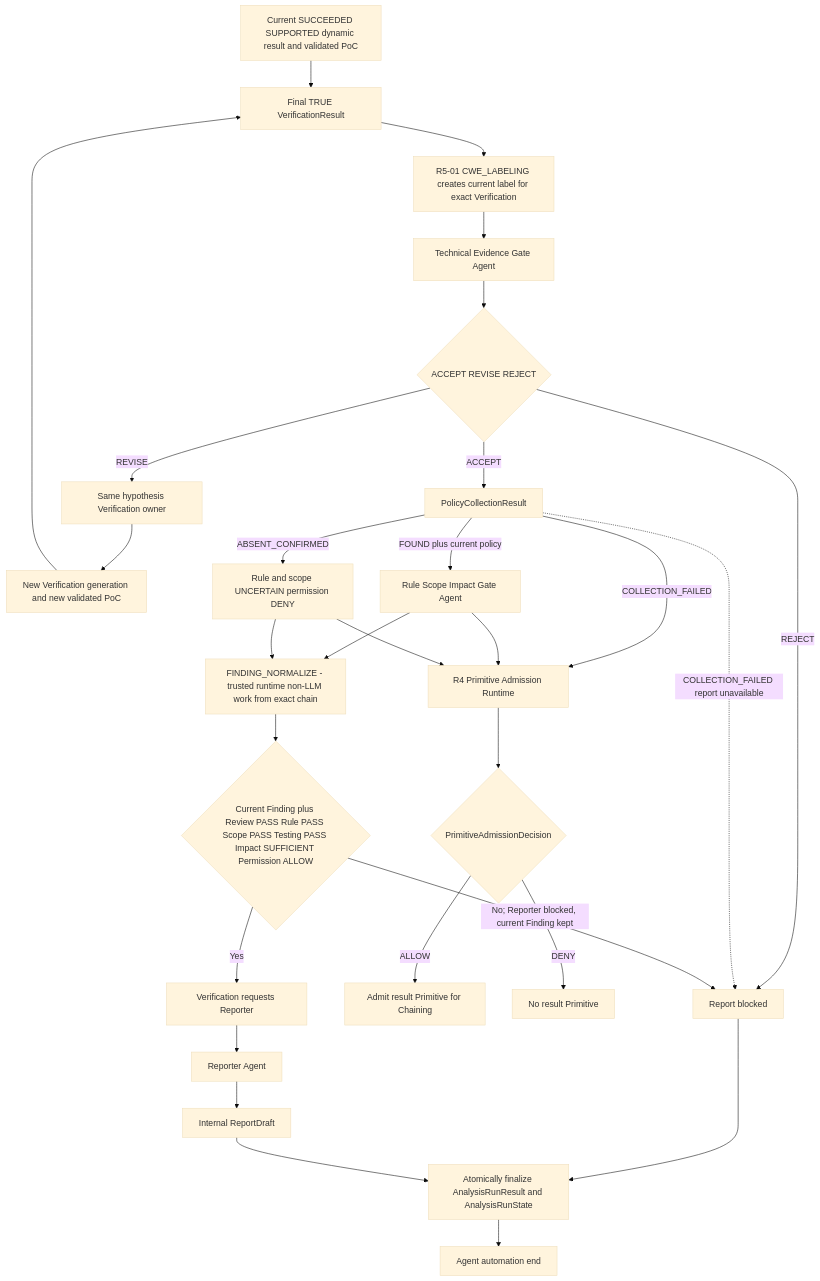
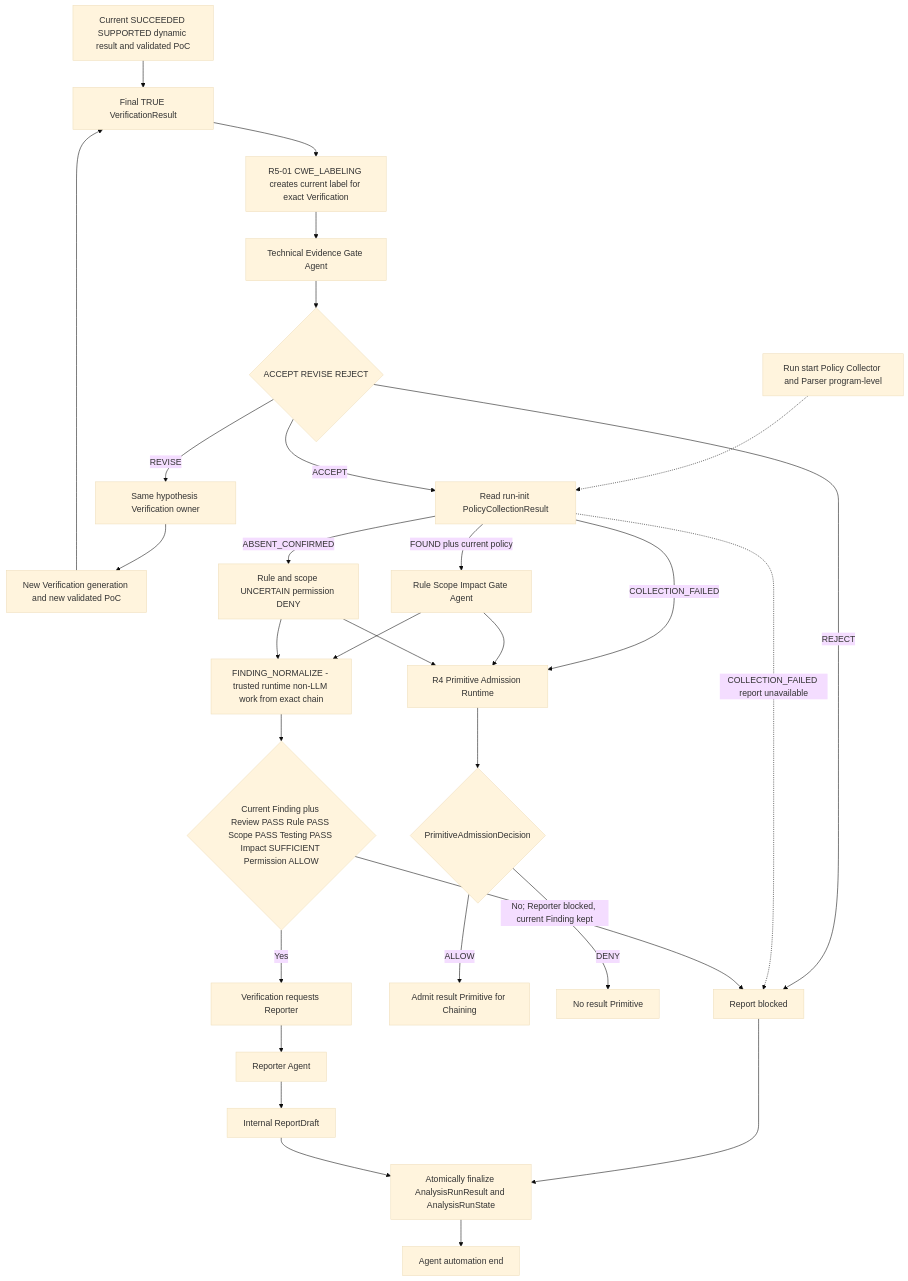
The sixth of 13 diagrams in docs/architecture-v5/13-architecture-diagrams.md (SASTsimi/sastsimi), drawn with Mermaid (base theme) before and after one commit. The commit also changed other lines of this file and 21 other files, not shown here.

Commit message:
docs: prepare program policy at run initialization

````diff
--- a/docs/architecture-v5/13-architecture-diagrams.md
+++ b/docs/architecture-v5/13-architecture-diagrams.md
@@ -262,31 +267,32 @@
 ```mermaid
 flowchart TB
     DYN[Current SUCCEEDED SUPPORTED dynamic result and validated PoC] --> VR[Final TRUE VerificationResult]
     VR --> CWE[R5-01 CWE_LABELING creates current label for exact Verification]
     CWE --> TECH[Technical Evidence Gate Agent]
     TECH --> TS{ACCEPT REVISE REJECT}
     TS -->|REVISE| BACK[Same hypothesis Verification owner]
     BACK --> NEWGEN[New Verification generation and new validated PoC]
     NEWGEN --> VR
     TS -->|REJECT| BLOCK[Report blocked]
-    TS -->|ACCEPT| COLLECT[PolicyCollectionResult]
+    PREP0[Run start Policy Collector and Parser program-level] -.-> COLLECT
+    TS -->|ACCEPT| COLLECT[Read run-init PolicyCollectionResult]
     COLLECT -->|FOUND plus current policy| RULE[Rule Scope Impact Gate Agent]
     COLLECT -->|ABSENT_CONFIRMED| UNCERTAIN[Rule and scope UNCERTAIN permission DENY]
     COLLECT -->|COLLECTION_FAILED| ARUN[R4 Primitive Admission Runtime]
     RULE --> ARUN
     UNCERTAIN --> ARUN
     ARUN --> ADEC{PrimitiveAdmissionDecision}
     ADEC -->|ALLOW| PRIMITIVE[Admit result Primitive for Chaining]
     ADEC -->|DENY| NOPRIMITIVE[No result Primitive]
     COLLECT -. COLLECTION_FAILED report unavailable .-> BLOCK
     RULE --> NORMF[FINDING_NORMALIZE - trusted runtime non-LLM work from exact chain]
     UNCERTAIN --> NORMF
     NORMF --> READY{Current Finding plus Review PASS Rule PASS Scope PASS Testing PASS Impact SUFFICIENT Permission ALLOW}
     READY -->|No; Reporter blocked, current Finding kept| BLOCK
     READY -->|Yes| RREQ[Verification requests Reporter]
     RREQ --> REPORTER[Reporter Agent]
     REPORTER --> DRAFT[Internal ReportDraft]
     BLOCK --> FINAL[Atomically finalize AnalysisRunResult and AnalysisRunState]
     DRAFT --> FINAL
     FINAL --> END[Agent automation end]
 ```
````
